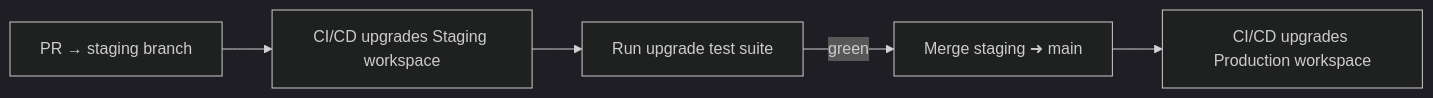
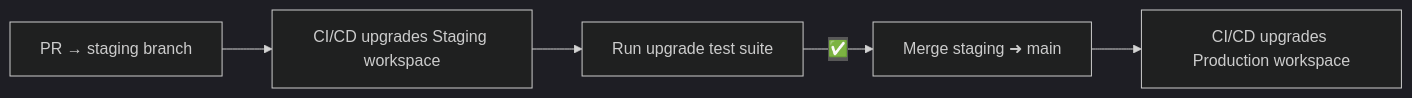
Before and after one commit to zenml-io/zenml: the diagram in docs/book/how-to/manage-zenml-server/best-practices-upgrading-zenml.md, drawn with Mermaid (dark theme). The commit also changed other lines of this file and 1 other file, not shown here.

````diff
--- a/docs/book/how-to/manage-zenml-server/best-practices-upgrading-zenml.md
+++ b/docs/book/how-to/manage-zenml-server/best-practices-upgrading-zenml.md
@@ -72,7 +66,7 @@
 ```mermaid
 flowchart LR
     dev["PR → staging branch"] --> stg["CI/CD upgrades Staging workspace"]
     stg --> tests["Run upgrade test suite"]
-    tests -->|green| merge["Merge staging ➜ main"]
+    tests -->|✅| merge["Merge staging ➜ main"]
     merge --> prod["CI/CD upgrades Production workspace"]
 ```
````
